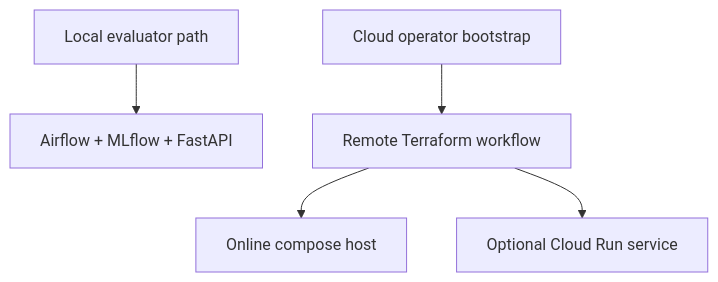
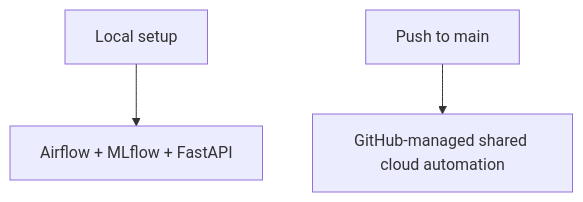
Before and after one commit to javihslu/foehncast: the second of 2 diagrams in README.md, drawn with Mermaid. The commit also changed other lines of this file and 67 other files, not shown here.

````diff
--- a/README.md
+++ b/README.md
@@ -40,7 +36,5 @@
 ```mermaid
 flowchart TB
-    Local[Local evaluator path] --> Compose[Airflow + MLflow + FastAPI]
-    Cloud[Cloud operator bootstrap] --> Remote[Remote Terraform workflow]
-    Remote --> Host[Online compose host]
-    Remote --> Run[Optional Cloud Run service]
+    Local[Local setup] --> Compose[Airflow + MLflow + FastAPI]
+    Main[Push to main] --> Cloud[GitHub-managed shared cloud automation]
 ```
````
